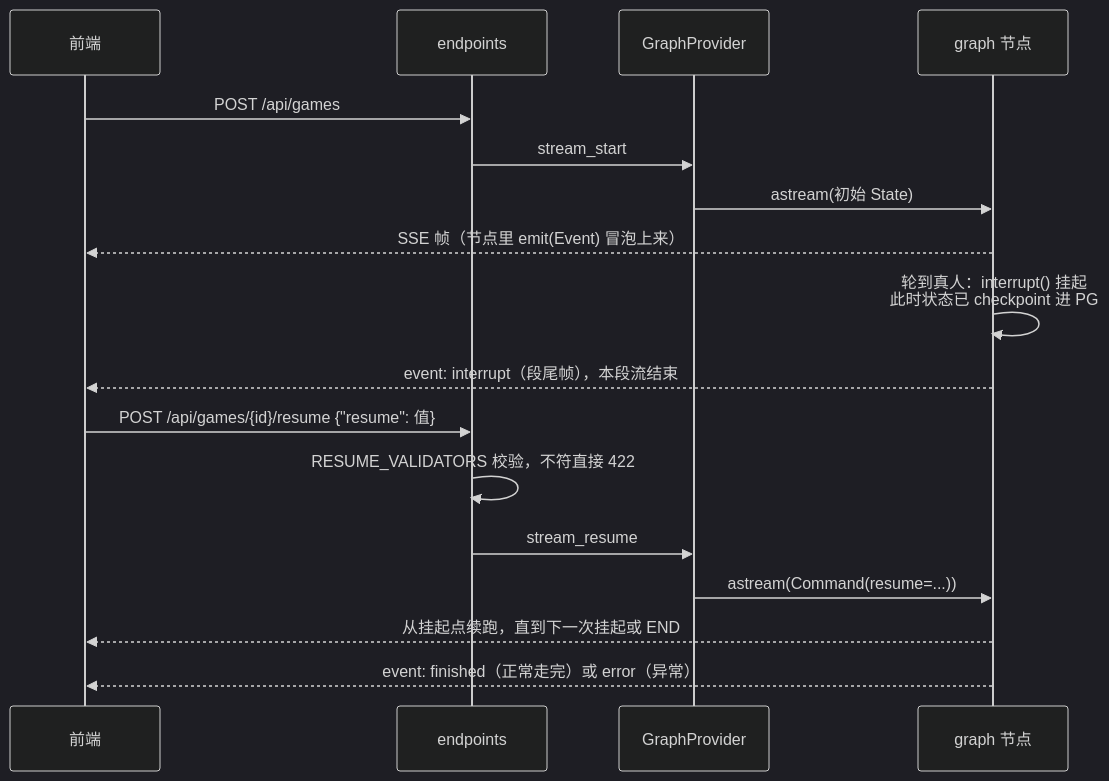
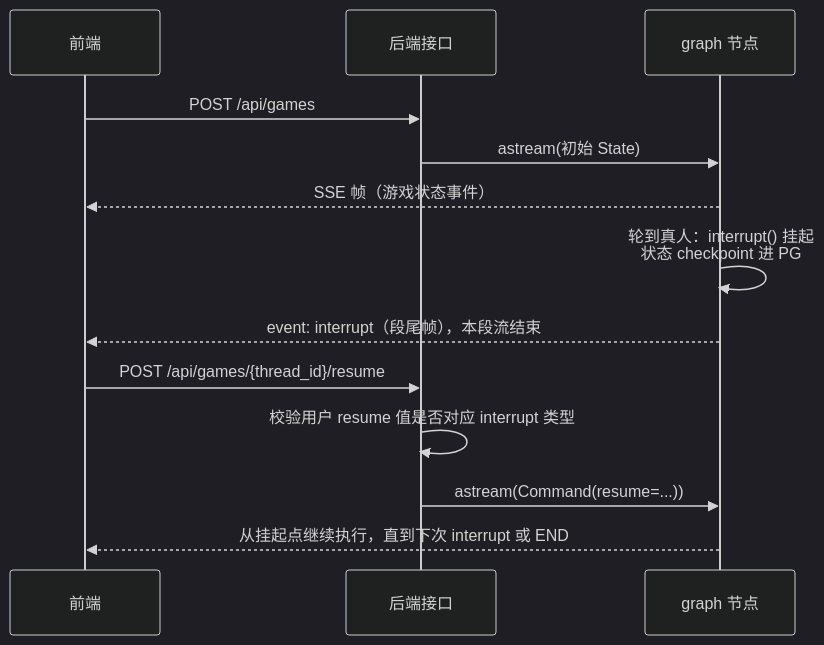
Before and after one commit to xvrzhao/who-is-spy: the first of 2 diagrams in backend/README.md, drawn with Mermaid (dark theme). The commit also changed other lines of this file, not shown here.

````diff
--- a/backend/README.md
+++ b/backend/README.md
@@ -53,20 +53,16 @@
 ```mermaid
 sequenceDiagram
     participant F as 前端
-    participant E as endpoints
-    participant P as GraphProvider
+    participant E as 后端接口
     participant G as graph 节点
 
     F->>E: POST /api/games
-    E->>P: stream_start
-    P->>G: astream(初始 State)
-    G-->>F: SSE 帧（节点里 emit(Event) 冒泡上来）
-    G->>G: 轮到真人：interrupt() 挂起<br/>此时状态已 checkpoint 进 PG
+    E->>G: astream(初始 State)
+    G-->>F: SSE 帧（游戏状态事件）
+    G->>G: 轮到真人：interrupt() 挂起<br/>状态 checkpoint 进 PG
     G-->>F: event: interrupt（段尾帧），本段流结束
-    F->>E: POST /api/games/{id}/resume {"resume": 值}
-    E->>E: RESUME_VALIDATORS 校验，不符直接 422
-    E->>P: stream_resume
-    P->>G: astream(Command(resume=...))
-    G-->>F: 从挂起点续跑，直到下一次挂起或 END
-    G-->>F: event: finished（正常走完）或 error（异常）
+    F->>E: POST /api/games/{thread_id}/resume
+    E->>E: 校验用户 resume 值是否对应 interrupt 类型
+    E->>G: astream(Command(resume=...))
+    G-->>F: 从挂起点继续执行，直到下次 interrupt 或 END
 ```
````
